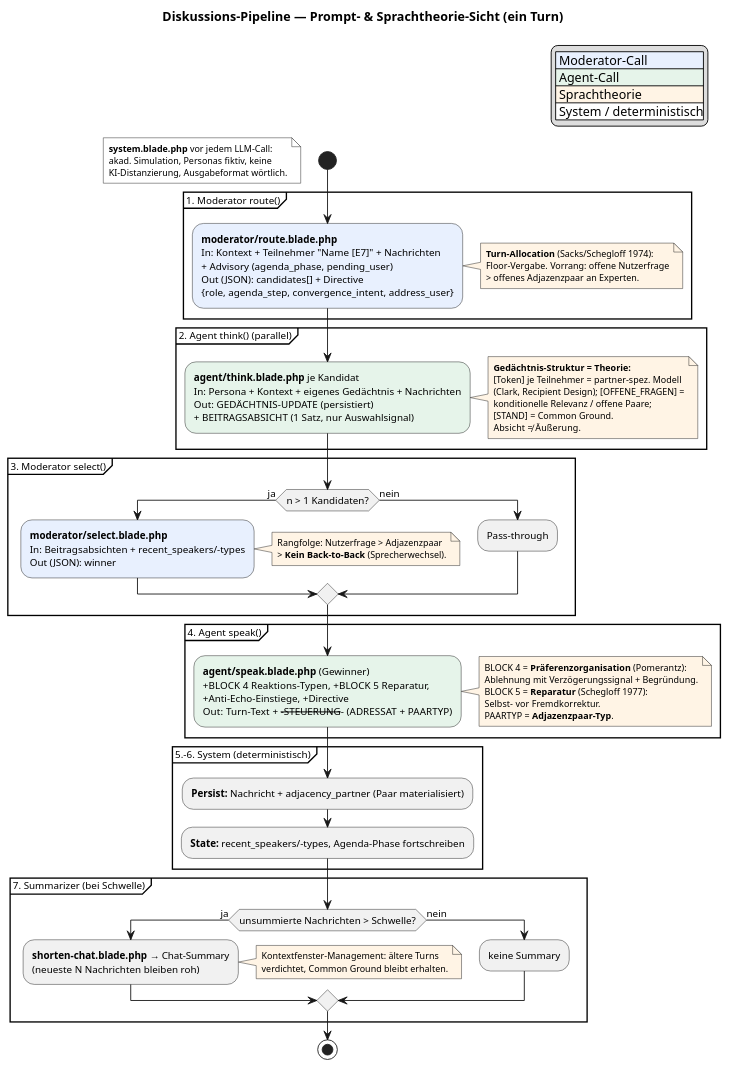
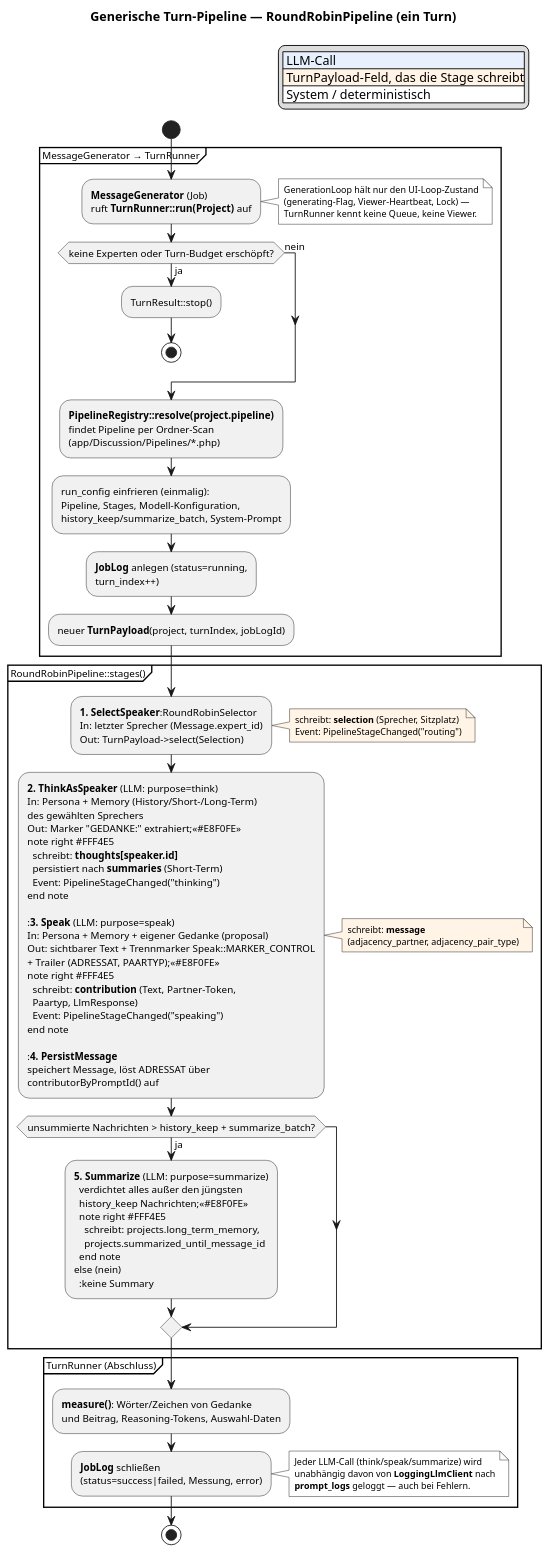
The diagram in docs/pipeline.puml (jnloos/Communicat), drawn with PlantUML before and after one commit. The commit also changed 2 other files, not shown here.

Commit message:
Document the generic turn pipeline
Update .env.example for the LLM layer (LLM_DEFAULT_MODEL, per-provider
API keys and models, discussion pipeline/memory tuning) and replace the
stale moderator-pipeline diagram in docs/pipeline.puml (and its
rendered PNG) with the current MessageGenerator -> TurnRunner ->
PipelineRegistry -> RoundRobinPipeline flow, including the five stages,
the TurnPayload fields they write and the runner's per-turn
measurement into job_logs.

CLAUDE.md was updated too (architecture, env, testing sections now
describe TurnRunner/TurnPipeline/SpeakerSelector/the Llm layer instead
of the deleted moderator pipeline) but is gitignored in this repo and
therefore not part of this commit.

```diff
--- a/docs/pipeline.puml
+++ b/docs/pipeline.puml
@@ -1,97 +1,105 @@
 @startuml
-title Diskussions-Pipeline — Prompt- & Sprachtheorie-Sicht (ein Turn)
+title Generische Turn-Pipeline — RoundRobinPipeline (ein Turn)
 
 skinparam dpi 110
 skinparam defaultFontSize 11
 skinparam noteFontSize 10
 
 legend top right
-  |<#E8F0FE> Moderator-Call|
-  |<#E6F4EA> Agent-Call|
-  |<#FFF4E5> Sprachtheorie|
+  |<#E8F0FE> LLM-Call|
+  |<#FFF4E5> TurnPayload-Feld, das die Stage schreibt|
   |<#FFFFFF> System / deterministisch|
 endlegend
 
 start
-floating note left #FFFFFF
-  **system.blade.php** vor jedem LLM-Call:
-  akad. Simulation, Personas fiktiv, keine
-  KI-Distanzierung, Ausgabeformat wörtlich.
-end note
 
-partition "1. Moderator route()" {
-  #E8F0FE:**moderator/route.blade.php**
-  In: Kontext + Teilnehmer "Name [E7]" + Nachrichten
-  + Advisory (agenda_phase, pending_user)
-  Out (JSON): candidates[] + Directive
-  {role, agenda_step, convergence_intent, address_user};
-  note right #FFF4E5
-    **Turn-Allocation** (Sacks/Schegloff 1974):
-    Floor-Vergabe. Vorrang: offene Nutzerfrage
-    > offenes Adjazenzpaar an Experten.
+partition "MessageGenerator → TurnRunner" {
+  :**MessageGenerator** (Job)
+  ruft **TurnRunner::run(Project)** auf;
+  note right #FFFFFF
+    GenerationLoop hält nur den UI-Loop-Zustand
+    (generating-Flag, Viewer-Heartbeat, Lock) —
+    TurnRunner kennt keine Queue, keine Viewer.
   end note
+
+  if (keine Experten oder Turn-Budget erschöpft?) then (ja)
+    :TurnResult::stop();
+    stop
+  else (nein)
+  endif
+
+  :**PipelineRegistry::resolve(project.pipeline)**
+  findet Pipeline per Ordner-Scan
+  (app/Discussion/Pipelines/*.php);
+  :run_config einfrieren (einmalig):
+  Pipeline, Stages, Modell-Konfiguration,
+  history_keep/summarize_batch, System-Prompt;
+  :**JobLog** anlegen (status=running,
+  turn_index++);
+  :neuer **TurnPayload**(project, turnIndex, jobLogId);
 }
 
-partition "2. Agent think() (parallel)" {
-  #E6F4EA:**agent/think.blade.php** je Kandidat
-  In: Persona + Kontext + eigenes Gedächtnis + Nachrichten
-  Out: GEDÄCHTNIS-UPDATE (persistiert)
-  + BEITRAGSABSICHT (1 Satz, nur Auswahlsignal);
+partition "RoundRobinPipeline::stages()" {
+  :**1. SelectSpeaker**:RoundRobinSelector
+  In: letzter Sprecher (Message.expert_id)
+  Out: TurnPayload->select(Selection);
   note right #FFF4E5
-    **Gedächtnis-Struktur = Theorie:**
-    [Token] je Teilnehmer = partner-spez. Modell
-    (Clark, Recipient Design); [OFFENE_FRAGEN] =
-    konditionelle Relevanz / offene Paare;
-    [STAND] = Common Ground.
-    Absicht ≠ Äußerung.
+    schreibt: **selection** (Sprecher, Sitzplatz)
+    Event: PipelineStageChanged("routing")
   end note
-}
 
-partition "3. Moderator select()" {
-  if (n > 1 Kandidaten?) then (ja)
-    #E8F0FE:**moderator/select.blade.php**
-    In: Beitragsabsichten + recent_speakers/-types
-    Out (JSON): winner;
+  :**2. ThinkAsSpeaker** (LLM: purpose=think)
+  In: Persona + Memory (History/Short-/Long-Term)
+  des gewählten Sprechers
+  Out: Marker "GEDANKE:" extrahiert;<<#E8F0FE>>
+  note right #FFF4E5
+    schreibt: **thoughts[speaker.id]**
+    persistiert nach **summaries** (Short-Term)
+    Event: PipelineStageChanged("thinking")
+  end note
+
+  :**3. Speak** (LLM: purpose=speak)
+  In: Persona + Memory + eigener Gedanke (proposal)
+  Out: sichtbarer Text + Trennmarker Speak::MARKER_CONTROL
+  + Trailer (ADRESSAT, PAARTYP);<<#E8F0FE>>
+  note right #FFF4E5
+    schreibt: **contribution** (Text, Partner-Token,
+    Paartyp, LlmResponse)
+    Event: PipelineStageChanged("speaking")
+  end note
+
+  :**4. PersistMessage**
+  speichert Message, löst ADRESSAT über
+  contributorByPromptId() auf;
+  note right #FFF4E5
+    schreibt: **message**
+    (adjacency_partner, adjacency_pair_type)
+  end note
+
+  if (unsummierte Nachrichten > history_keep + summarize_batch?) then (ja)
+    :**5. Summarize** (LLM: purpose=summarize)
+    verdichtet alles außer den jüngsten
+    history_keep Nachrichten;<<#E8F0FE>>
     note right #FFF4E5
-      Rangfolge: Nutzerfrage > Adjazenzpaar
-      > **Kein Back-to-Back** (Sprecherwechsel).
-    end note
-  else (nein)
-    :Pass-through;
-  endif
-}
-
-partition "4. Agent speak()" {
-  #E6F4EA:**agent/speak.blade.php** (Gewinner)
-  +BLOCK 4 Reaktions-Typen, +BLOCK 5 Reparatur,
-  +Anti-Echo-Einstiege, +Directive
-  Out: Turn-Text + ---STEUERUNG--- (ADRESSAT + PAARTYP);
-  note right #FFF4E5
-    BLOCK 4 = **Präferenzorganisation** (Pomerantz):
-    Ablehnung mit Verzögerungssignal + Begründung.
-    BLOCK 5 = **Reparatur** (Schegloff 1977):
-    Selbst- vor Fremdkorrektur.
-    PAARTYP = **Adjazenzpaar-Typ**.
-  end note
-}
-
-partition "5.–6. System (deterministisch)" {
-  :**Persist:** Nachricht + adjacency_partner (Paar materialisiert);
-  :**State:** recent_speakers/-types, Agenda-Phase fortschreiben;
-}
-
-partition "7. Summarizer (bei Schwelle)" {
-  if (unsummierte Nachrichten > Schwelle?) then (ja)
-    :**shorten-chat.blade.php** → Chat-Summary
-    (neueste N Nachrichten bleiben roh);
-    note right #FFF4E5
-      Kontextfenster-Management: ältere Turns
-      verdichtet, Common Ground bleibt erhalten.
+      schreibt: projects.long_term_memory,
+      projects.summarized_until_message_id
     end note
   else (nein)
     :keine Summary;
   endif
 }
 
+partition "TurnRunner (Abschluss)" {
+  :**measure()**: Wörter/Zeichen von Gedanke
+  und Beitrag, Reasoning-Tokens, Auswahl-Daten;
+  :**JobLog** schließen
+  (status=success|failed, Messung, error);
+  note right #FFFFFF
+    Jeder LLM-Call (think/speak/summarize) wird
+    unabhängig davon von **LoggingLlmClient** nach
+    **prompt_logs** geloggt — auch bei Fehlern.
+  end note
+}
+
 stop
 @enduml
```
